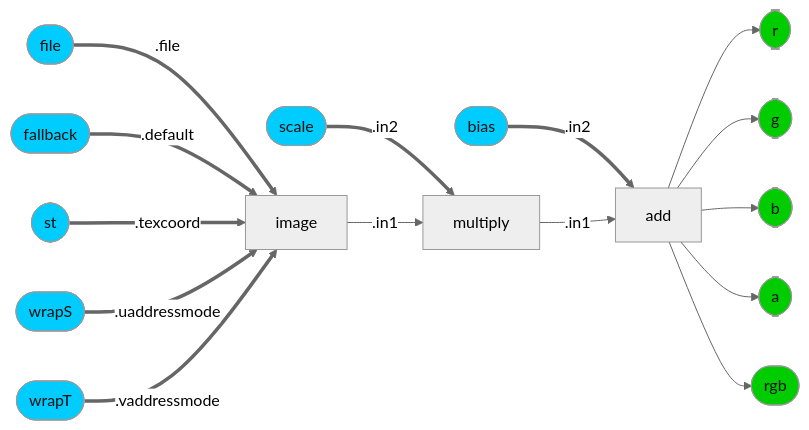
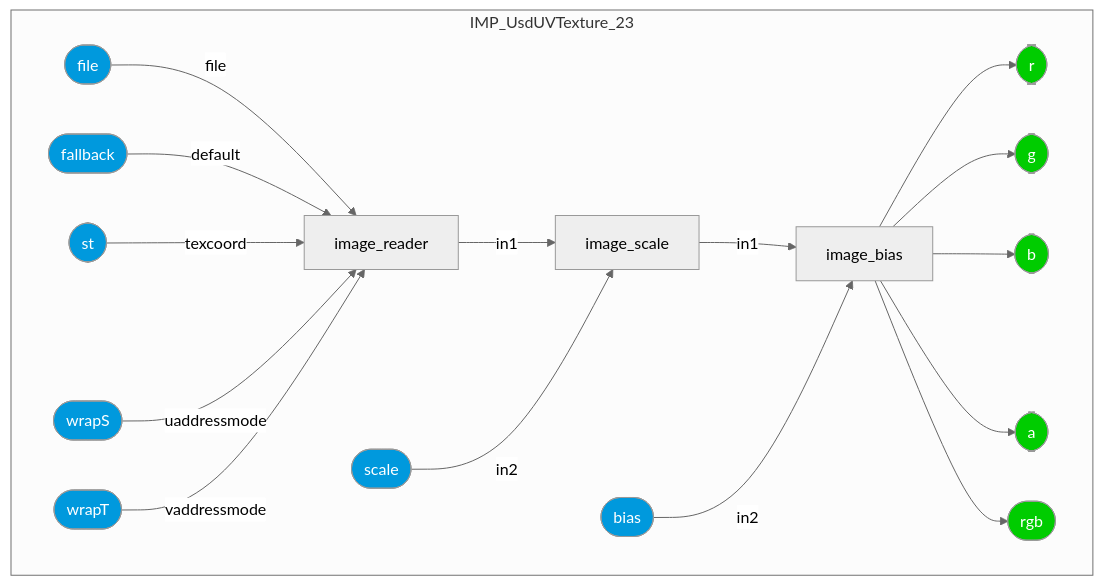
Before and after one commit to kwokcb/MaterialX_Learn: diagram 14 of 36 in documents/definitions/bxdf_doc.md, drawn with Mermaid (neutral theme). The commit also changed other lines of this file and 1015 other files, not shown here.

````diff
--- a/documents/definitions/bxdf_doc.md
+++ b/documents/definitions/bxdf_doc.md
@@ -1753,30 +2228,46 @@
 ```mermaid
-graph LR; 
-    IMP_UsdUVTexture_23_image_bias[add] --> IMP_UsdUVTexture_23_r([r])
-    style IMP_UsdUVTexture_23_r fill:#0C0, color:#111
-    IMP_UsdUVTexture_23_biasINT([bias]) ==.in2==> IMP_UsdUVTexture_23_image_bias[add]
-    style IMP_UsdUVTexture_23_biasINT fill:#0CF, color:#111
-    IMP_UsdUVTexture_23_image_scale[multiply] --".in1"--> IMP_UsdUVTexture_23_image_bias[add]
-    IMP_UsdUVTexture_23_scaleINT([scale]) ==.in2==> IMP_UsdUVTexture_23_image_scale[multiply]
-    style IMP_UsdUVTexture_23_scaleINT fill:#0CF, color:#111
-    IMP_UsdUVTexture_23_image_reader[image] --".in1"--> IMP_UsdUVTexture_23_image_scale[multiply]
-    IMP_UsdUVTexture_23_fileINT([file]) ==.file==> IMP_UsdUVTexture_23_image_reader[image]
-    style IMP_UsdUVTexture_23_fileINT fill:#0CF, color:#111
-    IMP_UsdUVTexture_23_fallbackINT([fallback]) ==.default==> IMP_UsdUVTexture_23_image_reader[image]
-    style IMP_UsdUVTexture_23_fallbackINT fill:#0CF, color:#111
-    IMP_UsdUVTexture_23_stINT([st]) ==.texcoord==> IMP_UsdUVTexture_23_image_reader[image]
-    style IMP_UsdUVTexture_23_stINT fill:#0CF, color:#111
-    IMP_UsdUVTexture_23_wrapSINT([wrapS]) ==.uaddressmode==> IMP_UsdUVTexture_23_image_reader[image]
-    style IMP_UsdUVTexture_23_wrapSINT fill:#0CF, color:#111
-    IMP_UsdUVTexture_23_wrapTINT([wrapT]) ==.vaddressmode==> IMP_UsdUVTexture_23_image_reader[image]
-    style IMP_UsdUVTexture_23_wrapTINT fill:#0CF, color:#111
-    IMP_UsdUVTexture_23_image_bias[add] --> IMP_UsdUVTexture_23_g([g])
-    style IMP_UsdUVTexture_23_g fill:#0C0, color:#111
-    IMP_UsdUVTexture_23_image_bias[add] --> IMP_UsdUVTexture_23_b([b])
-    style IMP_UsdUVTexture_23_b fill:#0C0, color:#111
-    IMP_UsdUVTexture_23_image_bias[add] --> IMP_UsdUVTexture_23_a([a])
-    style IMP_UsdUVTexture_23_a fill:#0C0, color:#111
-    IMP_UsdUVTexture_23_image_bias[add] --> IMP_UsdUVTexture_23_rgb([rgb])
-    style IMP_UsdUVTexture_23_rgb fill:#0C0, color:#111
-
+graph TB
+    subgraph IMP_UsdUVTexture_23
+    IMP_UsdUVTexture_23_image_reader[image_reader]
+    IMP_UsdUVTexture_23_image_scale[image_scale]
+    IMP_UsdUVTexture_23_image_bias[image_bias]
+    style IMP_UsdUVTexture_23_r  fill:#0C0, color:#FFF
+    IMP_UsdUVTexture_23_r([r])
+    style IMP_UsdUVTexture_23_g  fill:#0C0, color:#FFF
+    IMP_UsdUVTexture_23_g([g])
+    style IMP_UsdUVTexture_23_b  fill:#0C0, color:#FFF
+    IMP_UsdUVTexture_23_b([b])
+    style IMP_UsdUVTexture_23_a  fill:#0C0, color:#FFF
+    IMP_UsdUVTexture_23_a([a])
+    style IMP_UsdUVTexture_23_rgb  fill:#0C0, color:#FFF
+    IMP_UsdUVTexture_23_rgb([rgb])
+    style IMP_UsdUVTexture_23_file  fill:#09D, color:#FFF
+    IMP_UsdUVTexture_23_file([file])
+    style IMP_UsdUVTexture_23_fallback  fill:#09D, color:#FFF
+    IMP_UsdUVTexture_23_fallback([fallback])
+    style IMP_UsdUVTexture_23_st  fill:#09D, color:#FFF
+    IMP_UsdUVTexture_23_st([st])
+    style IMP_UsdUVTexture_23_wrapS  fill:#09D, color:#FFF
+    IMP_UsdUVTexture_23_wrapS([wrapS])
+    style IMP_UsdUVTexture_23_wrapT  fill:#09D, color:#FFF
+    IMP_UsdUVTexture_23_wrapT([wrapT])
+    style IMP_UsdUVTexture_23_scale  fill:#09D, color:#FFF
+    IMP_UsdUVTexture_23_scale([scale])
+    style IMP_UsdUVTexture_23_bias  fill:#09D, color:#FFF
+    IMP_UsdUVTexture_23_bias([bias])
+    end
+    IMP_UsdUVTexture_23_file --"file"--> IMP_UsdUVTexture_23_image_reader
+    IMP_UsdUVTexture_23_fallback --"default"--> IMP_UsdUVTexture_23_image_reader
+    IMP_UsdUVTexture_23_st --"texcoord"--> IMP_UsdUVTexture_23_image_reader
+    IMP_UsdUVTexture_23_wrapS --"uaddressmode"--> IMP_UsdUVTexture_23_image_reader
+    IMP_UsdUVTexture_23_wrapT --"vaddressmode"--> IMP_UsdUVTexture_23_image_reader
+    IMP_UsdUVTexture_23_image_reader --"in1"--> IMP_UsdUVTexture_23_image_scale
+    IMP_UsdUVTexture_23_scale --"in2"--> IMP_UsdUVTexture_23_image_scale
+    IMP_UsdUVTexture_23_image_scale --"in1"--> IMP_UsdUVTexture_23_image_bias
+    IMP_UsdUVTexture_23_bias --"in2"--> IMP_UsdUVTexture_23_image_bias
+    IMP_UsdUVTexture_23_image_bias --> IMP_UsdUVTexture_23_r
+    IMP_UsdUVTexture_23_image_bias --> IMP_UsdUVTexture_23_g
+    IMP_UsdUVTexture_23_image_bias --> IMP_UsdUVTexture_23_b
+    IMP_UsdUVTexture_23_image_bias --> IMP_UsdUVTexture_23_a
+    IMP_UsdUVTexture_23_image_bias --> IMP_UsdUVTexture_23_rgb
 ```
````
